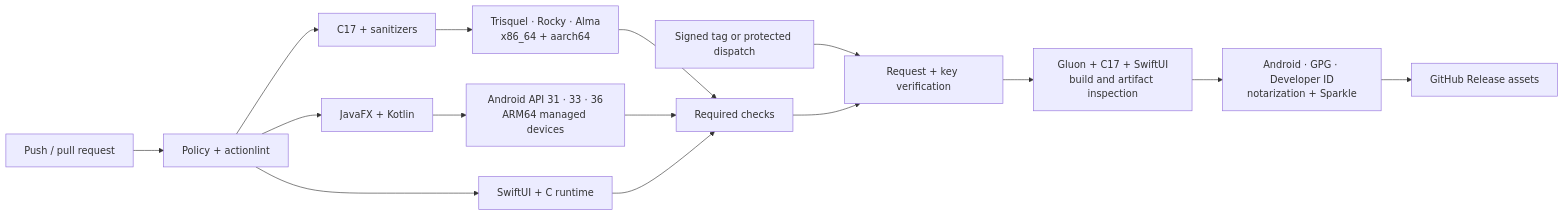
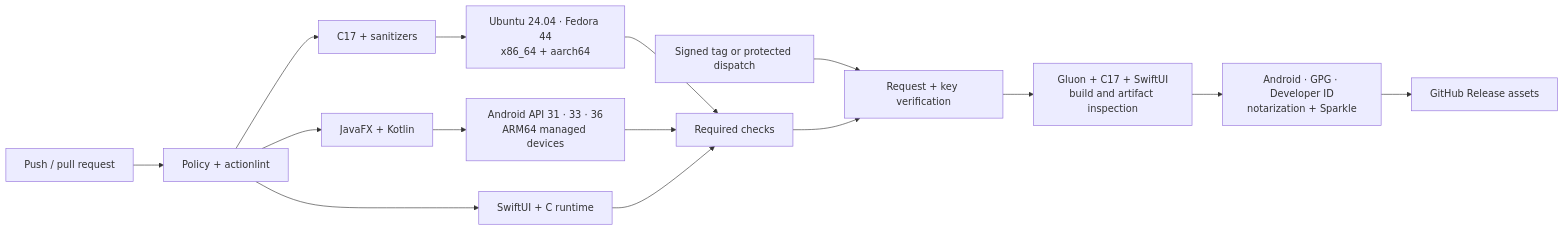
One commit to JohnThre/clambhook changed the diagram in docs/github-cicd.md. Above: the diagram before and after it, drawn with Mermaid. The commit also changed other lines of this file and 33 other files, not shown here.

First line of the commit message:
Adopt Ubuntu and Fedora validation

````diff
--- a/docs/github-cicd.md
+++ b/docs/github-cicd.md
@@ -51,17 +51,17 @@
 ```mermaid
 flowchart LR
     push["Push / pull request"] --> policy["Policy + actionlint"]
     policy --> c["C17 + sanitizers"]
     policy --> java["JavaFX + Kotlin"]
     policy --> swift["SwiftUI + C runtime"]
-    c --> distro["Trisquel · Rocky · Alma<br/>x86_64 + aarch64"]
+    c --> distro["Ubuntu 24.04 · Fedora 44<br/>x86_64 + aarch64"]
     java --> device["Android API 31 · 33 · 36<br/>ARM64 managed devices"]
     distro --> required["Required checks"]
     device --> required
     swift --> required
     tag["Signed tag or protected dispatch"] --> verify["Request + key verification"]
     required --> verify
     verify --> build["Gluon + C17 + SwiftUI<br/>build and artifact inspection"]
     build --> sign["Android · GPG · Developer ID<br/>notarization + Sparkle"]
     sign --> release["GitHub Release assets"]
 ```
````
